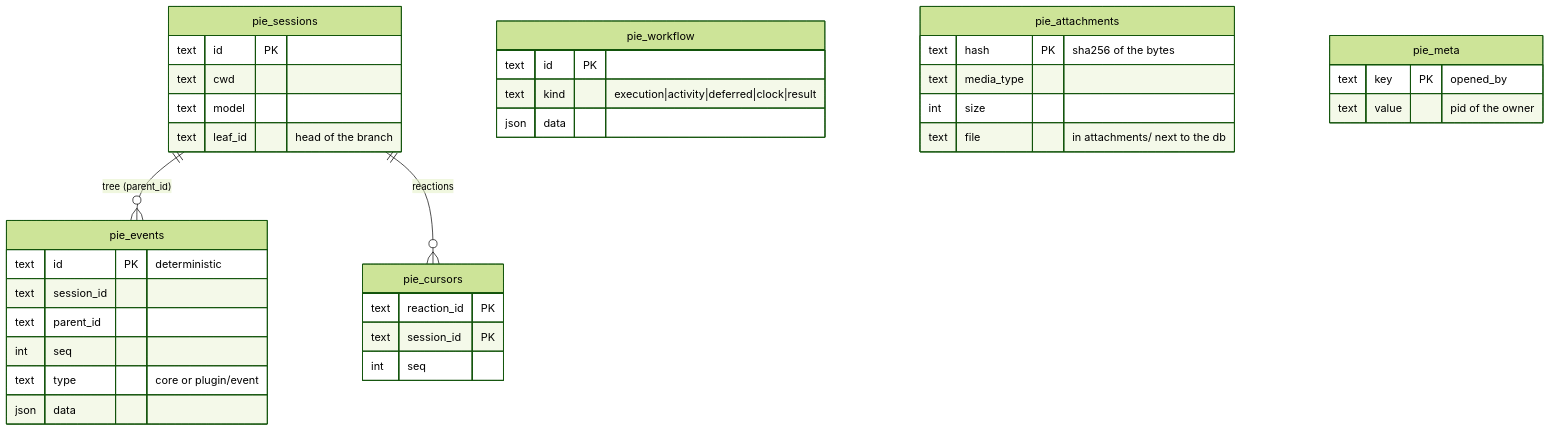
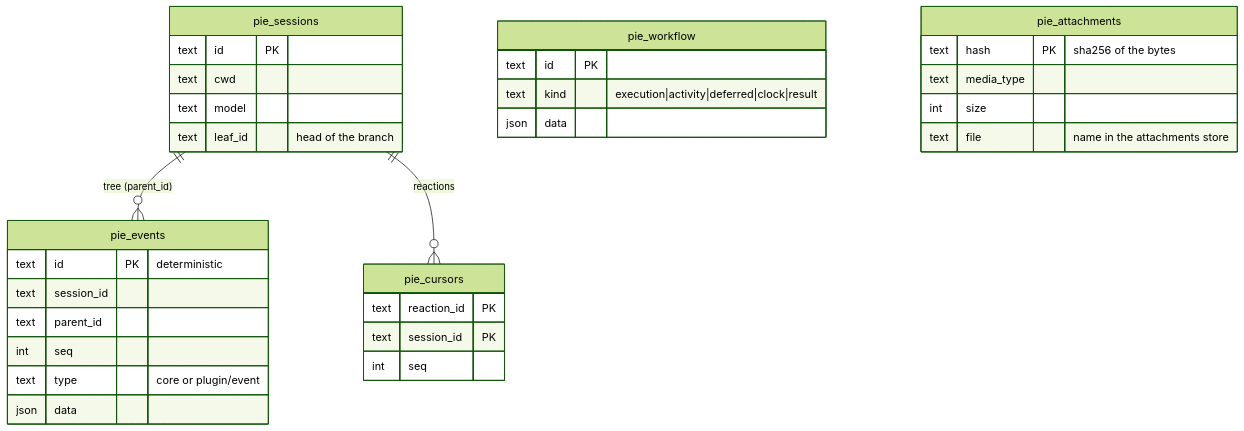
One commit to JavierDeDiegoGuzman/pie changed the diagram in packages/sdk/docs/diagrams/persistence.mmd. Above: the diagram before and after it, drawn with Mermaid (forest theme). The commit also changed 16 other files, not shown here.

First line of the commit message:
Pluggable attachments store, editQueued, no pie_meta; follow-ups are answered

```diff
--- a/packages/sdk/docs/diagrams/persistence.mmd
+++ b/packages/sdk/docs/diagrams/persistence.mmd
@@ -1,37 +1,33 @@
 erDiagram
   pie_sessions ||--o{ pie_events : "tree (parent_id)"
   pie_sessions ||--o{ pie_cursors : "reactions"
   pie_events {
     text id PK "deterministic"
     text session_id
     text parent_id
     int seq
     text type "core or plugin/event"
     json data
   }
   pie_sessions {
     text id PK
     text cwd
     text model
     text leaf_id "head of the branch"
   }
   pie_cursors {
     text reaction_id PK
     text session_id PK
     int seq
   }
   pie_workflow {
     text id PK
     text kind "execution|activity|deferred|clock|result"
     json data
   }
   pie_attachments {
     text hash PK "sha256 of the bytes"
     text media_type
     int size
-    text file "in attachments/ next to the db"
+    text file "name in the attachments store"
   }
-  pie_meta {
-    text key PK "opened_by"
-    text value "pid of the owner"
-  }
```
